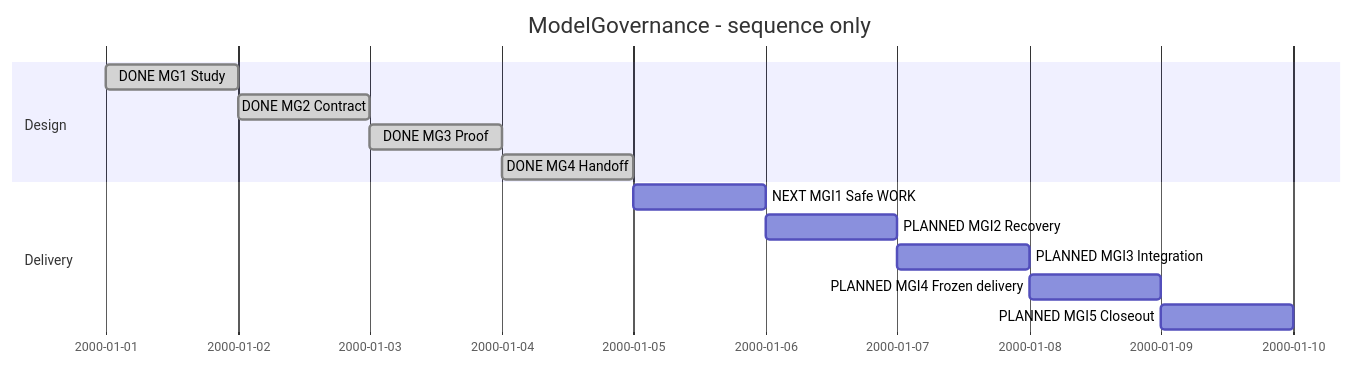
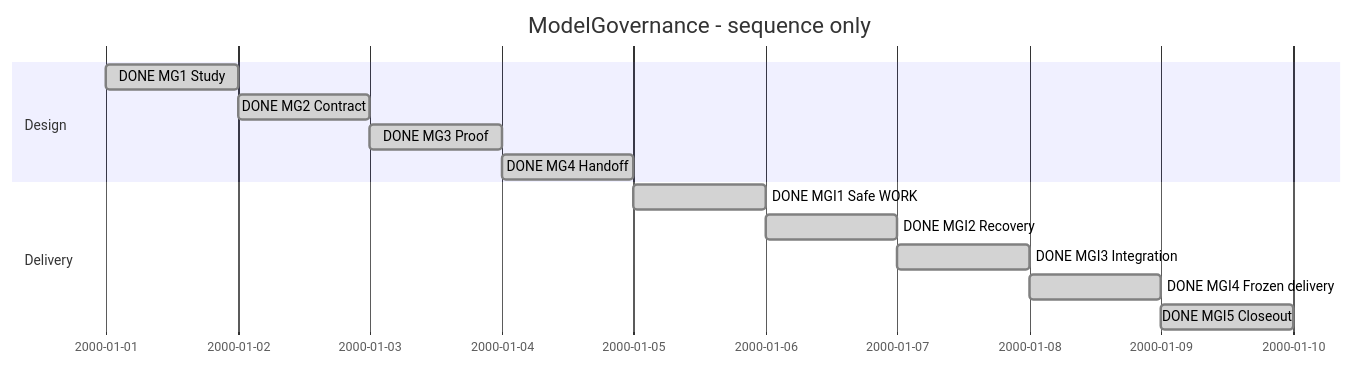
Before and after one commit to Hans-Einar/SDP: the diagram in SDP/Sessions/session-#0006--Model_governance.md, drawn with Mermaid. The commit also changed other lines of this file and 24 other files, not shown here.

````diff
--- a/SDP/Sessions/session-#0006--Model_governance.md
+++ b/SDP/Sessions/session-#0006--Model_governance.md
@@ -8,16 +8,16 @@
 ```mermaid
 gantt
     title ModelGovernance - sequence only
     dateFormat YYYY-MM-DD
     section Design
     DONE MG1 Study :done,s1,2000-01-01,1d
     DONE MG2 Contract :done,s2,after s1,1d
     DONE MG3 Proof :done,s3,after s2,1d
     DONE MG4 Handoff :done,s4,after s3,1d
     section Delivery
-    NEXT MGI1 Safe WORK :s5,after s4,1d
-    PLANNED MGI2 Recovery :s6,after s5,1d
-    PLANNED MGI3 Integration :s7,after s6,1d
-    PLANNED MGI4 Frozen delivery :s8,after s7,1d
-    PLANNED MGI5 Closeout :s9,after s8,1d
+    DONE MGI1 Safe WORK :done,s5,after s4,1d
+    DONE MGI2 Recovery :done,s6,after s5,1d
+    DONE MGI3 Integration :done,s7,after s6,1d
+    DONE MGI4 Frozen delivery :done,s8,after s7,1d
+    DONE MGI5 Closeout :done,s9,after s8,1d
 ```
````
